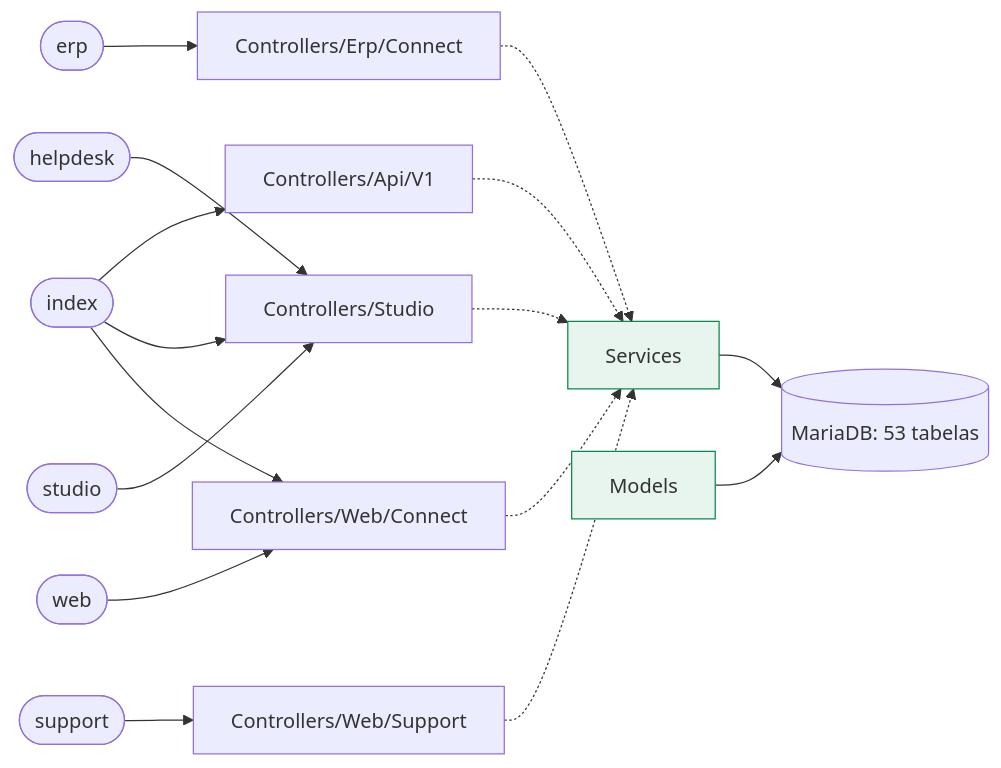
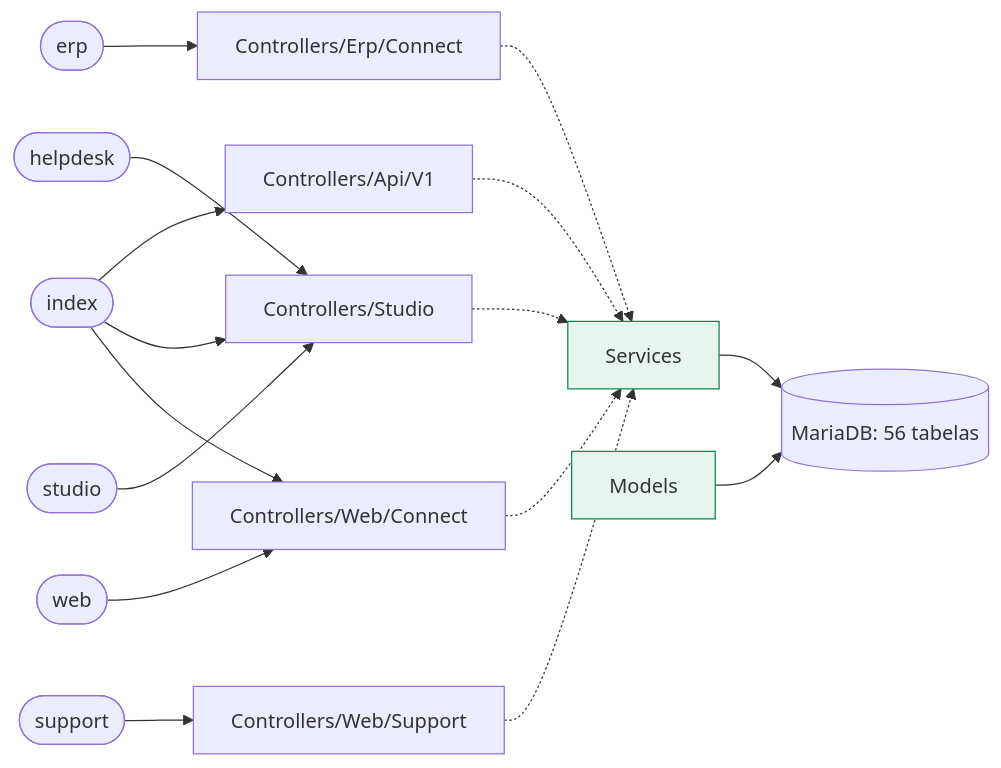
Before and after one commit to djalmamartins/connect-erp: the first of 2 diagrams in docs/map/README.md, drawn with Mermaid. The commit also changed other lines of this file and 1 other file, not shown here.

````diff
--- a/docs/map/README.md
+++ b/docs/map/README.md
@@ -13,28 +13,28 @@
 ```mermaid
 flowchart LR
   env_erp(["erp"])
   env_erp --> pkg_Controllers_Erp_Connect["Controllers/Erp/Connect"]
   env_helpdesk(["helpdesk"])
   env_helpdesk --> pkg_Controllers_Studio["Controllers/Studio"]
   env_index(["index"])
   env_index --> pkg_Controllers_Api_V1["Controllers/Api/V1"]
   env_index --> pkg_Controllers_Studio["Controllers/Studio"]
   env_index --> pkg_Controllers_Web_Connect["Controllers/Web/Connect"]
   env_studio(["studio"])
   env_studio --> pkg_Controllers_Studio["Controllers/Studio"]
   env_support(["support"])
   env_support --> pkg_Controllers_Web_Support["Controllers/Web/Support"]
   env_web(["web"])
   env_web --> pkg_Controllers_Web_Connect["Controllers/Web/Connect"]
   pkg_svc["Services"]:::svc
   pkg_mdl["Models"]:::svc
-  db[("MariaDB: 53 tabelas")]
+  db[("MariaDB: 56 tabelas")]
   pkg_Controllers_Api_V1 -.-> pkg_svc
   pkg_Controllers_Erp_Connect -.-> pkg_svc
   pkg_Controllers_Studio -.-> pkg_svc
   pkg_Controllers_Web_Connect -.-> pkg_svc
   pkg_Controllers_Web_Support -.-> pkg_svc
   pkg_svc --> db
   pkg_mdl --> db
   classDef svc fill:#e8f5ee,stroke:#07884c
 ```
````
